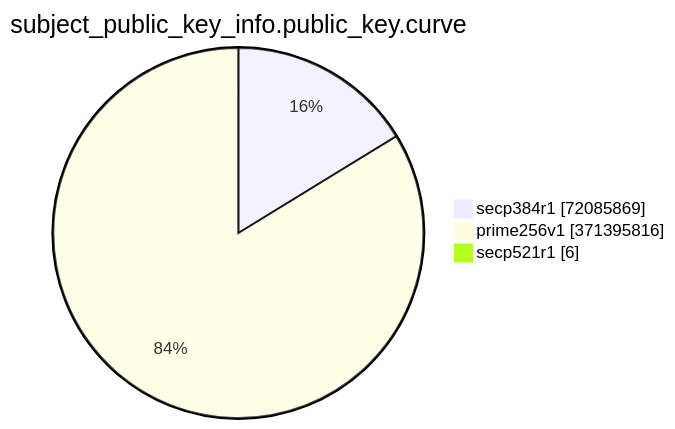
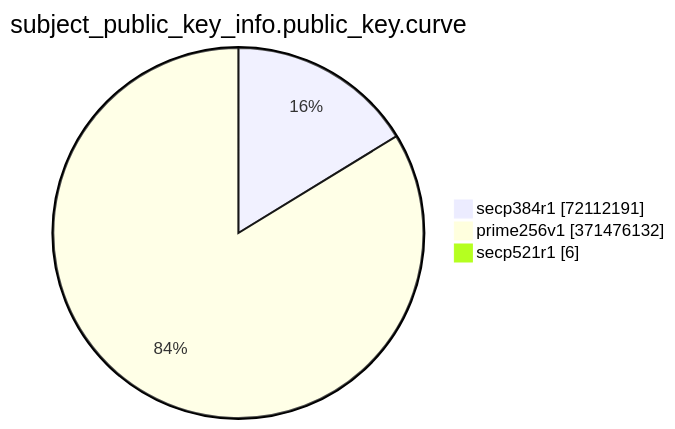
One commit to christiankrug/ctmonitor_visualization changed the eighth of 15 diagrams in TOTAL/README.md. Above: the diagram before and after it, drawn with Mermaid. The commit also changed other lines of this file, not shown here.

````diff
--- a/TOTAL/README.md
+++ b/TOTAL/README.md
@@ -3092,7 +3092,7 @@
 ```mermaid
 pie showData
 title subject_public_key_info.public_key.curve
-"secp384r1" :72085869
-"prime256v1" :371395816
+"secp384r1" :72112191
+"prime256v1" :371476132
 "secp521r1" :6
 ```
````
